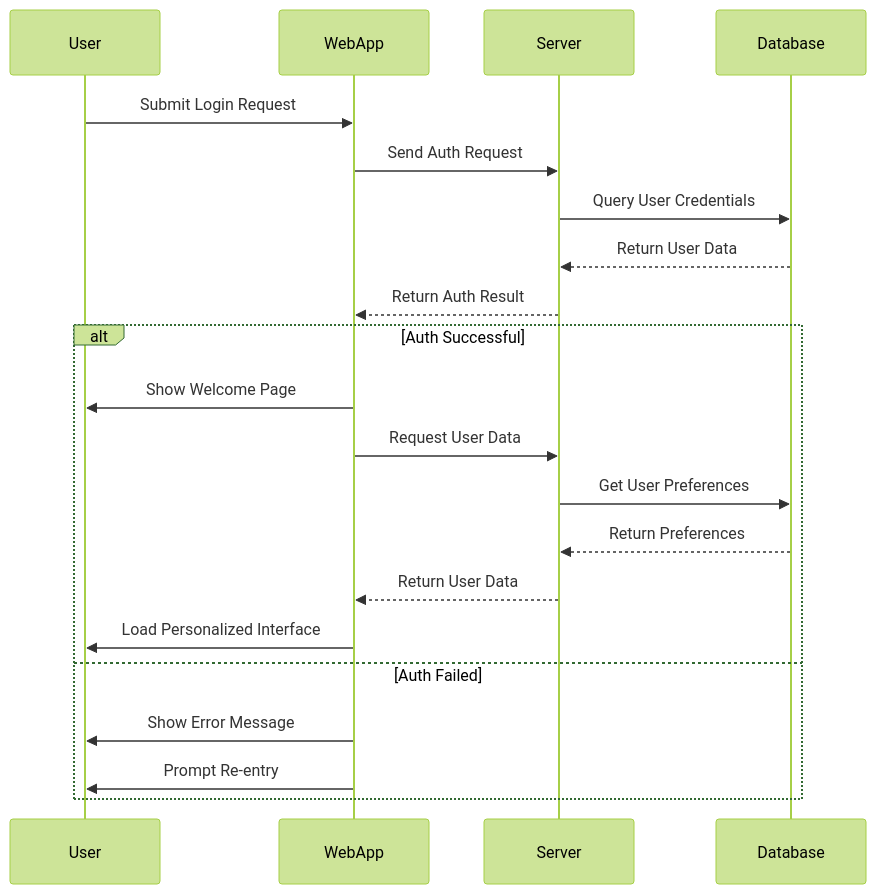
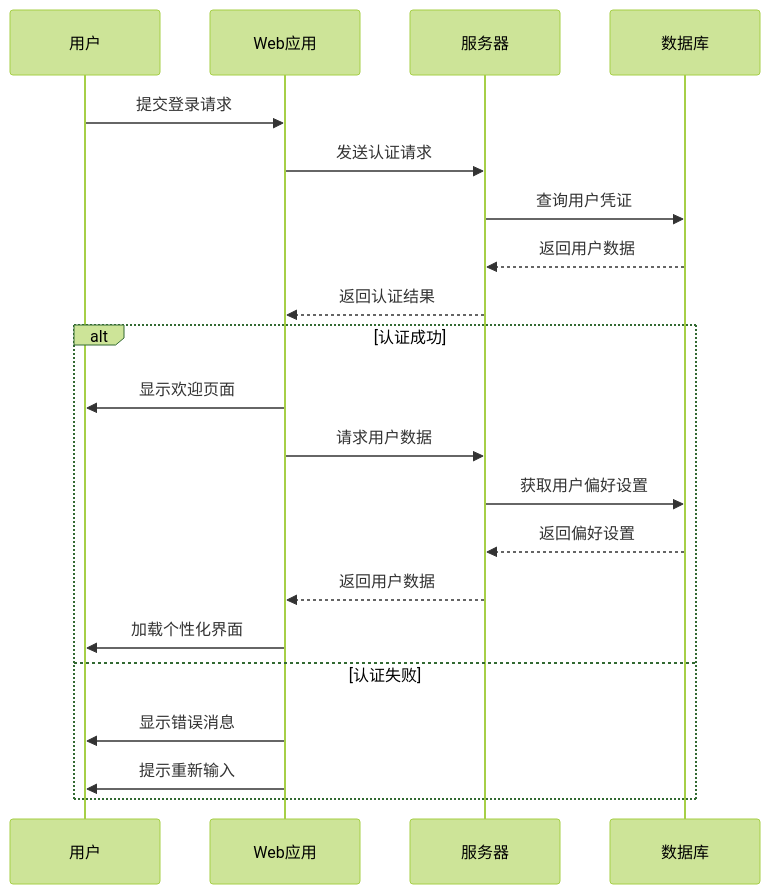
One commit to DR-RIO/My-Web-Repository changed the second of 6 diagrams in src/content/posts/Markdown图表.md. Above: the diagram before and after it, drawn with Mermaid (forest theme). The commit also changed other lines of this file and 1 other file, not shown here.

````diff
--- a/src/content/posts/Markdown图表.md
+++ b/src/content/posts/Markdown图表.md
@@ -45,25 +44,25 @@
 ```mermaid
 sequenceDiagram
-    participant User
-    participant WebApp
-    participant Server
-    participant Database
+    participant 用户
+    participant Web应用
+    participant 服务器
+    participant 数据库
 
-    User->>WebApp: Submit Login Request
-    WebApp->>Server: Send Auth Request
-    Server->>Database: Query User Credentials
-    Database-->>Server: Return User Data
-    Server-->>WebApp: Return Auth Result
-    
-    alt Auth Successful
-        WebApp->>User: Show Welcome Page
-        WebApp->>Server: Request User Data
-        Server->>Database: Get User Preferences
-        Database-->>Server: Return Preferences
-        Server-->>WebApp: Return User Data
-        WebApp->>User: Load Personalized Interface
-    else Auth Failed
-        WebApp->>User: Show Error Message
-        WebApp->>User: Prompt Re-entry
+    用户->>Web应用: 提交登录请求
+    Web应用->>服务器: 发送认证请求
+    服务器->>数据库: 查询用户凭证
+    数据库-->>服务器: 返回用户数据
+    服务器-->>Web应用: 返回认证结果
+
+    alt 认证成功
+        Web应用->>用户: 显示欢迎页面
+        Web应用->>服务器: 请求用户数据
+        服务器->>数据库: 获取用户偏好设置
+        数据库-->>服务器: 返回偏好设置
+        服务器-->>Web应用: 返回用户数据
+        Web应用->>用户: 加载个性化界面
+    else 认证失败
+        Web应用->>用户: 显示错误消息
+        Web应用->>用户: 提示重新输入
     end
 ```
````
